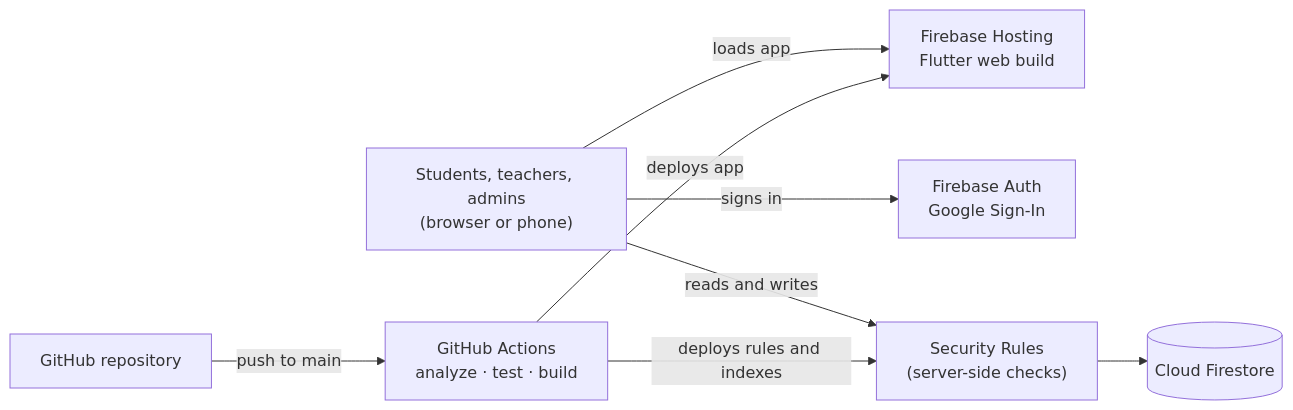
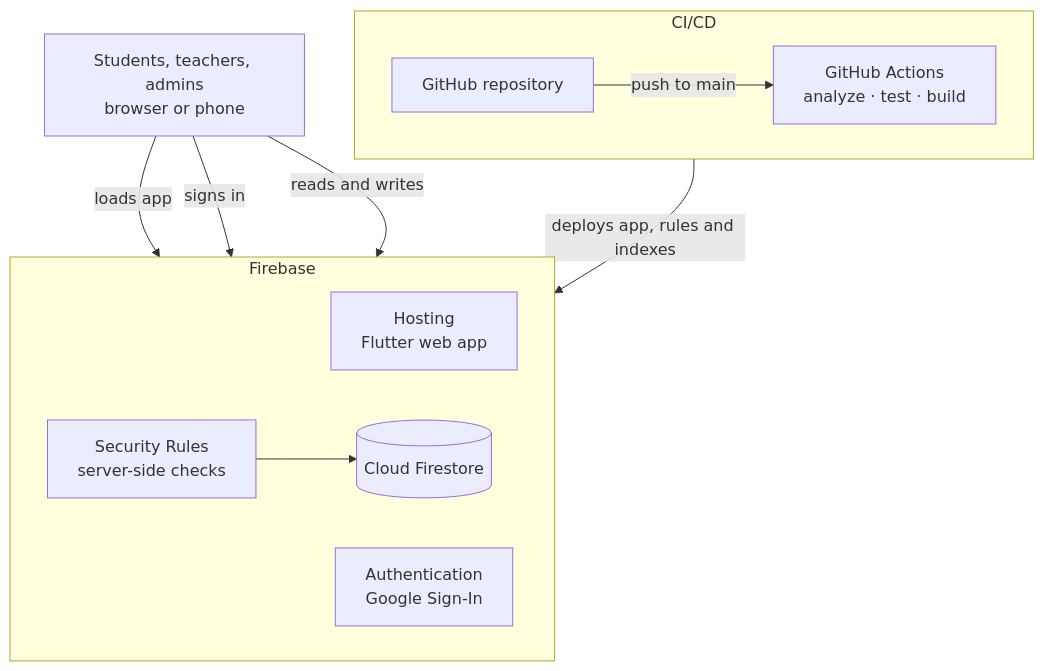
One commit to ej-kim-dev/course-registration changed the first of 2 diagrams in README.md. Above: the diagram before and after it, drawn with Mermaid. The commit also changed other lines of this file, not shown here.

Commit message:
Fix the data model diagram and tidy the architecture diagram
CLASS is a reserved word in Mermaid, so the ER diagram failed to parse;
the entity is now COURSE. The architecture diagram runs top to bottom
with Firebase and CI/CD grouped, so no arrows cross.

````diff
--- a/README.md
+++ b/README.md
@@ -36,18 +36,21 @@
 ```mermaid
-flowchart LR
-    users["Students, teachers, admins<br/>(browser or phone)"]
-    hosting["Firebase Hosting<br/>Flutter web build"]
-    auth["Firebase Auth<br/>Google Sign-In"]
-    db[("Cloud Firestore")]
-    rules["Security Rules<br/>(server-side checks)"]
-    repo["GitHub repository"]
-    ci["GitHub Actions<br/>analyze · test · build"]
+flowchart TB
+    users["Students, teachers, admins<br/>browser or phone"]
+
+    subgraph firebase["Firebase"]
+        direction LR
+        hosting["Hosting<br/>Flutter web app"]
+        auth["Authentication<br/>Google Sign-In"]
+        rules["Security Rules<br/>server-side checks"] --> db[("Cloud Firestore")]
+    end
+
+    subgraph cicd["CI/CD"]
+        direction LR
+        repo["GitHub repository"] -->|push to main| ci["GitHub Actions<br/>analyze · test · build"]
+    end
 
     users -->|loads app| hosting
     users -->|signs in| auth
     users -->|reads and writes| rules
-    rules --> db
-    repo -->|push to main| ci
-    ci -->|deploys app| hosting
-    ci -->|deploys rules and indexes| rules
+    ci -->|deploys app, rules and indexes| firebase
 ```
````
